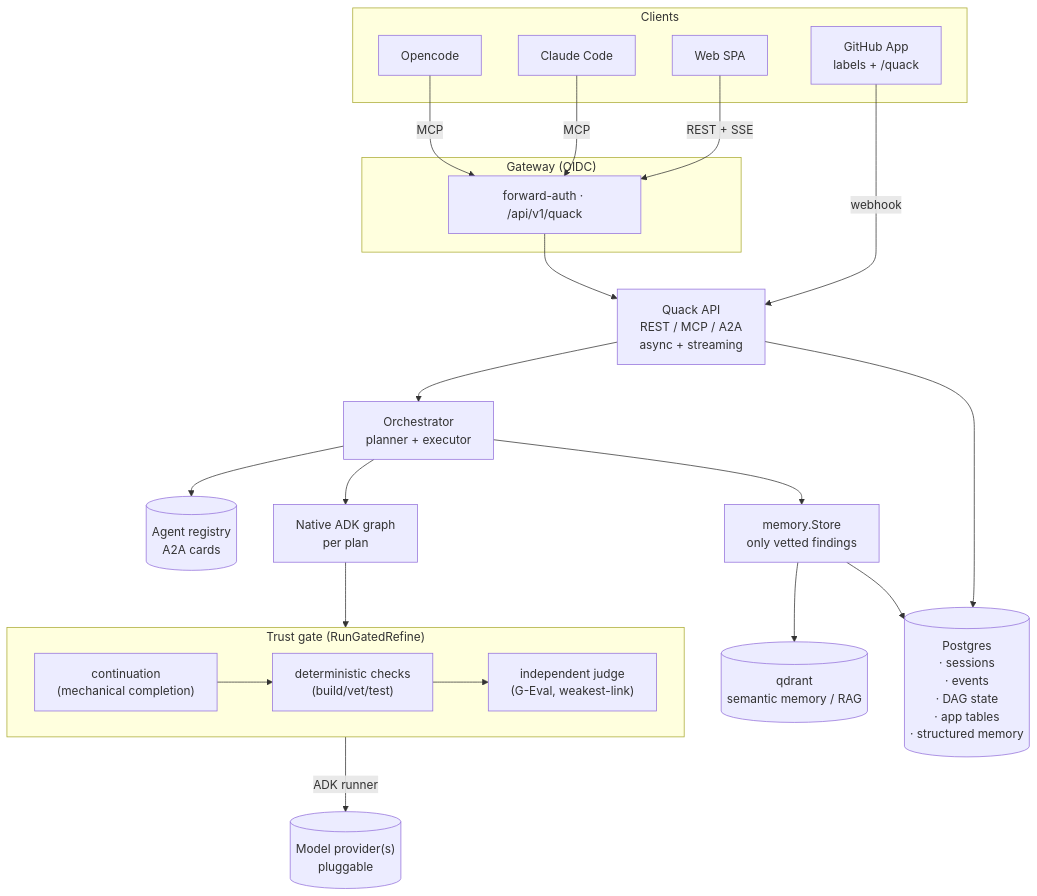
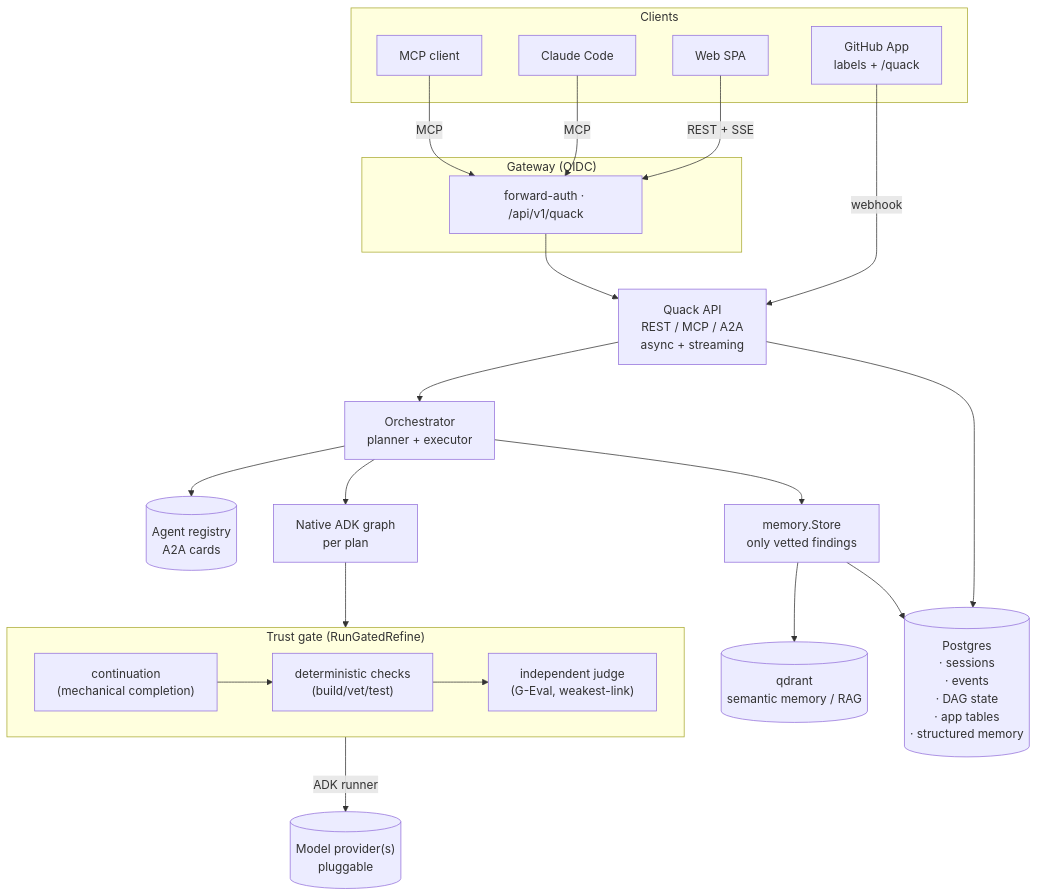
One commit to fagerbergj/quack changed the diagram in README.md. Above: the diagram before and after it, drawn with Mermaid. The commit also changed other lines of this file and 48 other files, not shown here.

````diff
--- a/README.md
+++ b/README.md
@@ -50,34 +50,34 @@
 ```mermaid
 flowchart TB
   subgraph Clients
-    OC["Opencode"]
+    OC["MCP client"]
     CC["Claude Code"]
     SPA["Web SPA"]
     GH["GitHub App<br/>labels + /quack"]
   end
 
   subgraph GW["Gateway (OIDC)"]
     FA["forward-auth · /api/v1/quack"]
   end
 
   OC -->|MCP| FA
   CC -->|MCP| FA
   SPA -->|REST + SSE| FA
   GH -->|webhook| API
 
   FA --> API["Quack API<br/>REST / MCP / A2A<br/>async + streaming"]
   API --> ORCH["Orchestrator<br/>planner + executor"]
   ORCH --> REG[("Agent registry<br/>A2A cards")]
   ORCH --> EX["Native ADK graph<br/>per plan"]
   EX --> NODE
 
   subgraph NODE["Trust gate (RunGatedRefine)"]
     CONT["continuation<br/>(mechanical completion)"] --> CHECK["deterministic checks<br/>(build/vet/test)"] --> JUDGE["independent judge<br/>(G-Eval, weakest-link)"]
   end
 
   NODE -->|ADK runner| LLM[("Model provider(s)<br/>pluggable")]
   ORCH --> MEM["memory.Store<br/>only vetted findings"]
   MEM --> QD[("qdrant<br/>semantic memory / RAG")]
   API --> PG[("Postgres<br/>· sessions <br>· events<br/>· DAG state<br>· app tables<br/>· structured memory")]
   MEM --> PG
 ```
````
